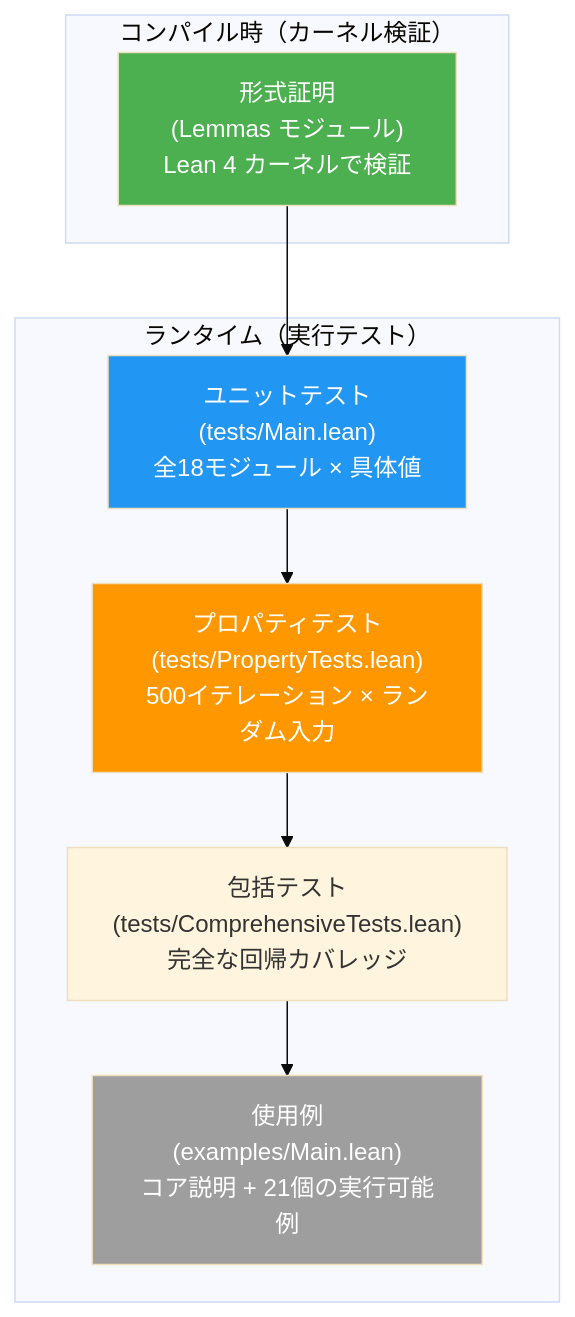
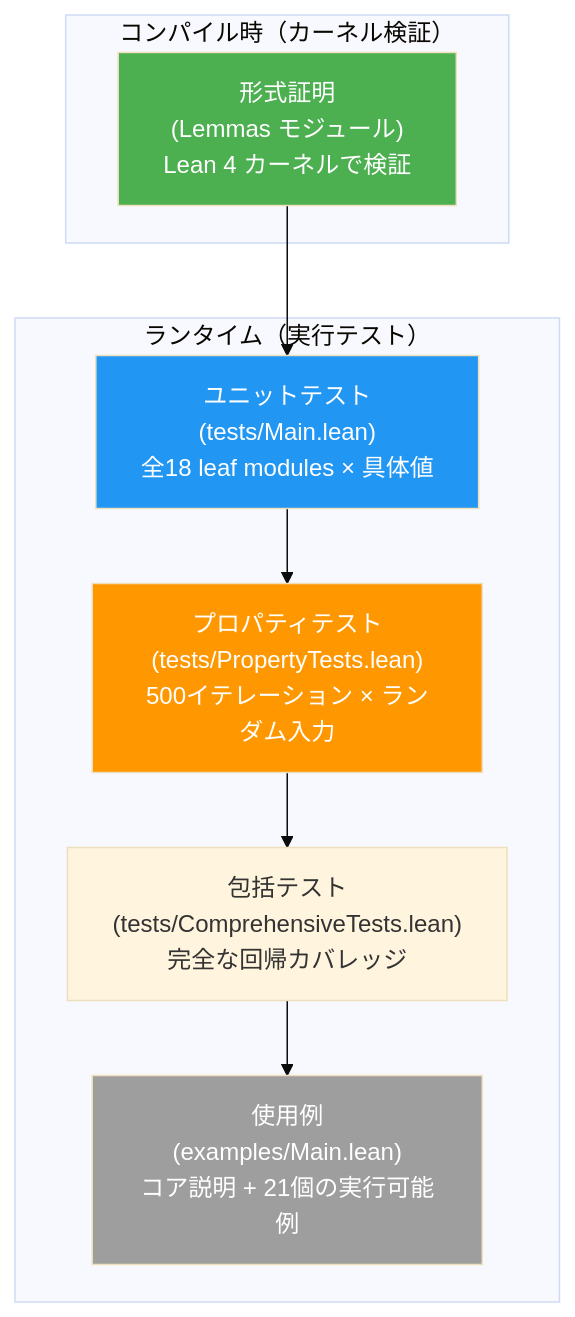
The diagram in docs/ja/development/testing.md (Provenance-Works/Radix), drawn with Mermaid (base theme) before and after one commit. The commit also changed other lines of this file, not shown here.

````diff
--- a/docs/ja/development/testing.md
+++ b/docs/ja/development/testing.md
@@ -17,20 +17,20 @@
 ```mermaid
 graph TD
     subgraph "コンパイル時（カーネル検証）"
         Proofs["形式証明<br/>(Lemmas モジュール)<br/>Lean 4 カーネルで検証"]
     end
     subgraph "ランタイム（実行テスト）"
-        Unit["ユニットテスト<br/>(tests/Main.lean)<br/>全18モジュール × 具体値"]
+        Unit["ユニットテスト<br/>(tests/Main.lean)<br/>全18 leaf modules × 具体値"]
         Prop["プロパティテスト<br/>(tests/PropertyTests.lean)<br/>500イテレーション × ランダム入力"]
         Comp["包括テスト<br/>(tests/ComprehensiveTests.lean)<br/>完全な回帰カバレッジ"]
         Ex["使用例<br/>(examples/Main.lean)<br/>コア説明 + 21個の実行可能例"]
     end
     Proofs --> Unit
     Unit --> Prop
       Prop --> Comp
       Comp --> Ex
     style Proofs fill:#4CAF50,color:white
     style Unit fill:#2196F3,color:white
     style Prop fill:#FF9800,color:white
     style Ex fill:#9E9E9E,color:white
 ```
````
